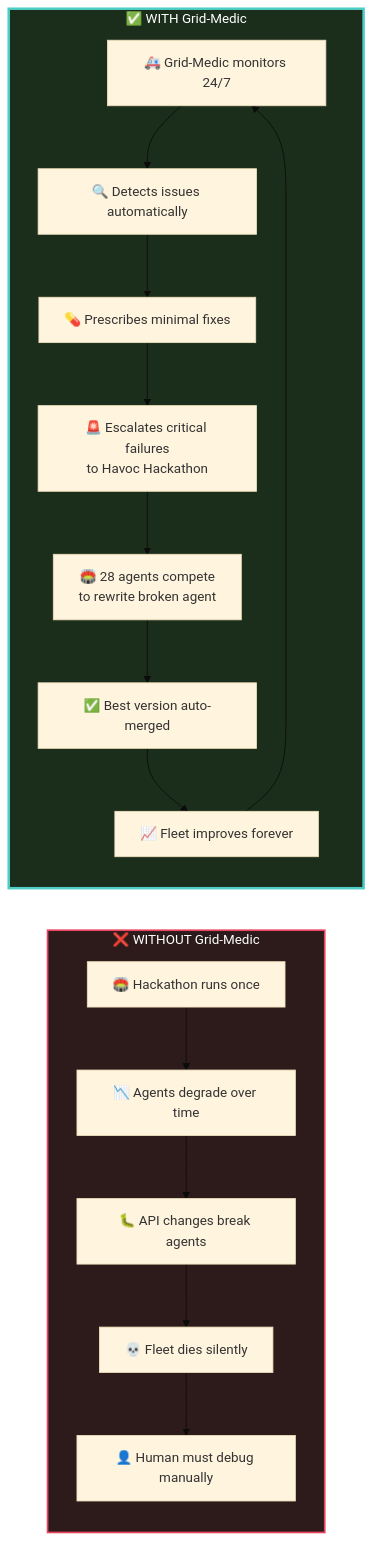
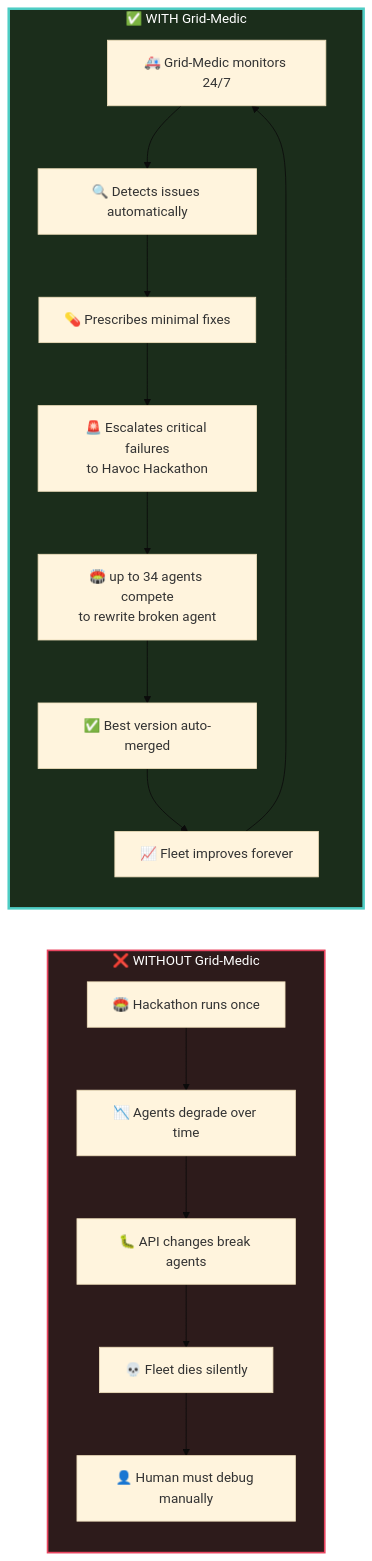
The second of 5 diagrams in docs/GRID-MEDIC-ARCHITECTURE.md (DUBSOpenHub/havoc-hackathon), drawn with Mermaid (base theme) before and after one commit. The commit also changed other lines of this file and 3 other files, not shown here.

````diff
--- a/docs/GRID-MEDIC-ARCHITECTURE.md
+++ b/docs/GRID-MEDIC-ARCHITECTURE.md
@@ -59,24 +59,24 @@
 ```mermaid
 flowchart LR
     subgraph WITHOUT["❌ WITHOUT Grid-Medic"]
         direction TB
         W1["🏟️ Hackathon runs once"] --> W2["📉 Agents degrade over time"]
         W2 --> W3["🐛 API changes break agents"]
         W3 --> W4["💀 Fleet dies silently"]
         W4 --> W5["👤 Human must debug manually"]
     end
 
     subgraph WITH["✅ WITH Grid-Medic"]
         direction TB
         G1["🚑 Grid-Medic monitors 24/7"] --> G2["🔍 Detects issues automatically"]
         G2 --> G3["💊 Prescribes minimal fixes"]
         G3 --> G4["🚨 Escalates critical failures\nto Havoc Hackathon"]
-        G4 --> G5["🏟️ 28 agents compete\nto rewrite broken agent"]
+        G4 --> G5["🏟️ up to 34 agents compete\nto rewrite broken agent"]
         G5 --> G6["✅ Best version auto-merged"]
         G6 --> G7["📈 Fleet improves forever"]
         G7 --> G1
     end
 
     style WITHOUT fill:#2d1b1b,stroke:#e94560,stroke-width:2px,color:#fff
     style WITH fill:#1b2d1b,stroke:#4ecdc4,stroke-width:3px,color:#fff
 ```
````
